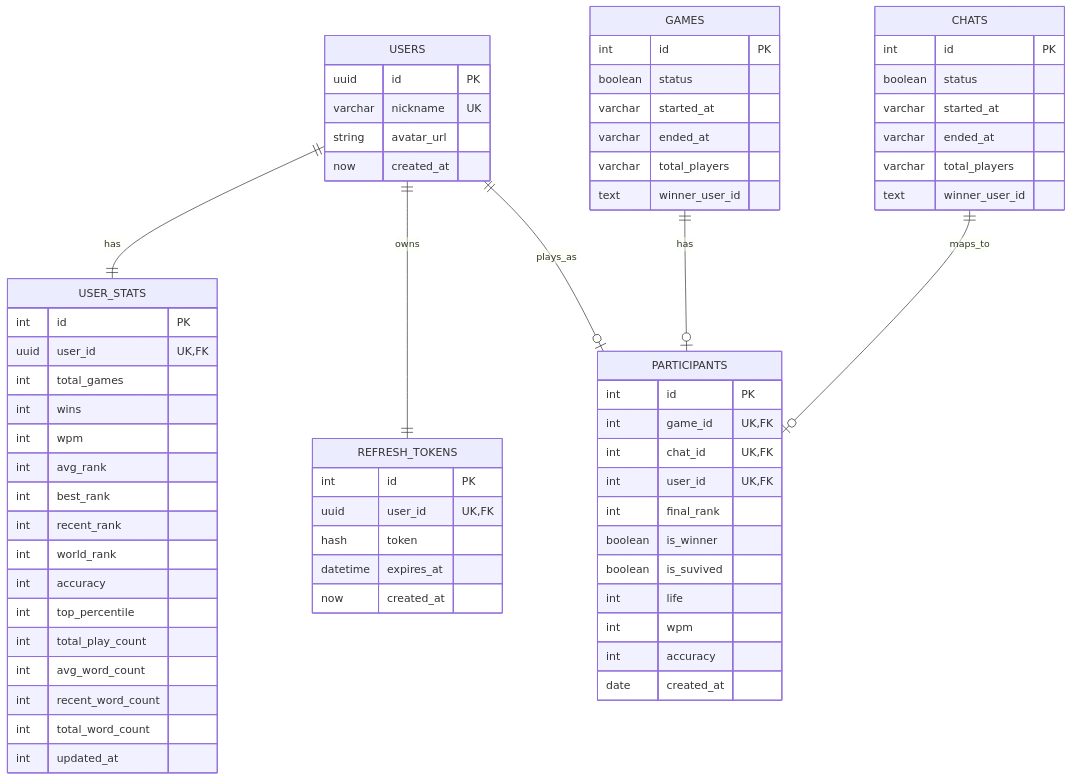
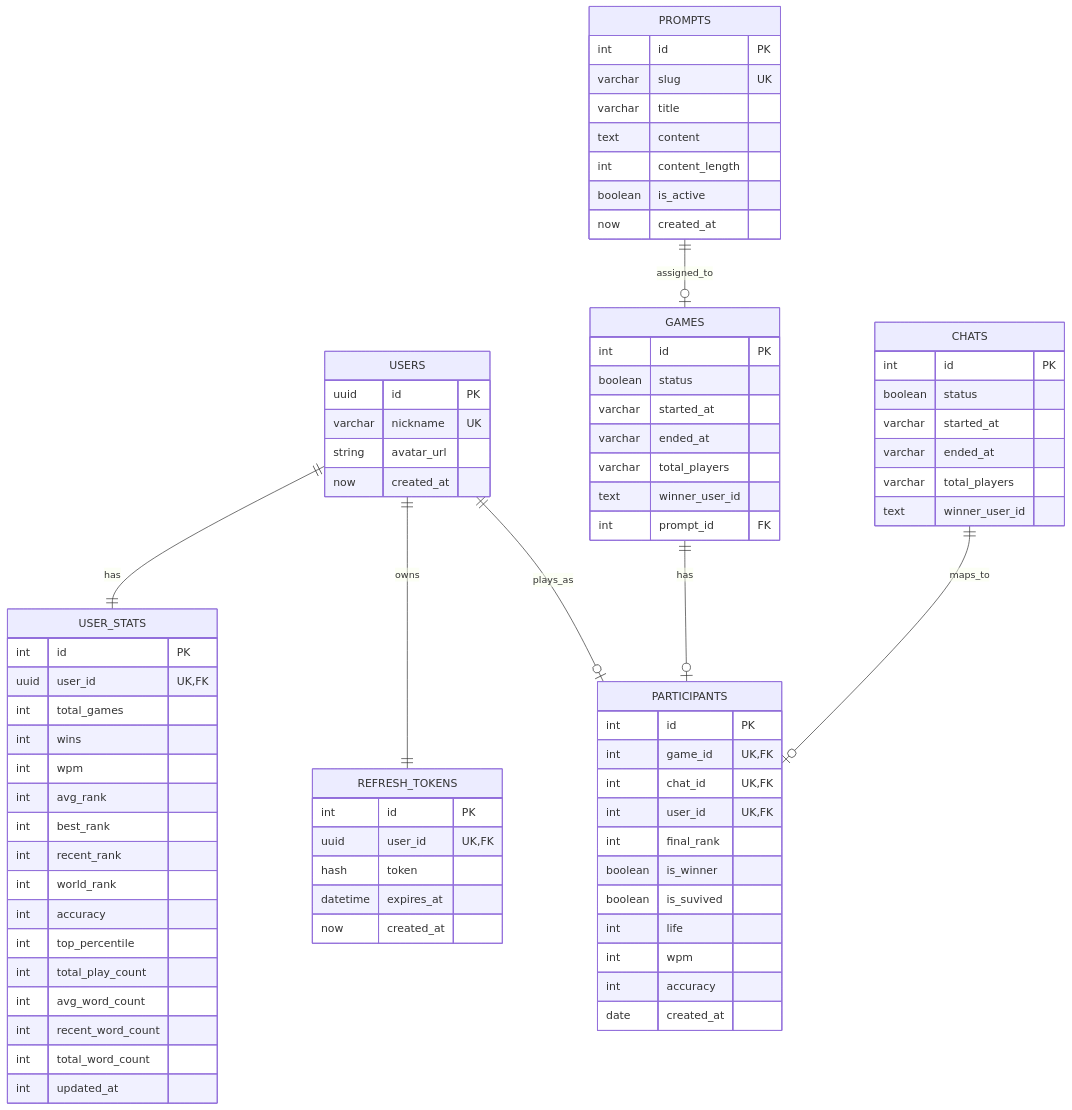
One commit to prgrms-fullcycle-devcourse/webfull_9_10_HotSix changed the diagram in apps/backend/docs/erd.md. Above: the diagram before and after it, drawn with Mermaid. The commit also changed other lines of this file and 1 other file, not shown here.

Commit message:
chores: 랜덤 글 DB에 생성

```diff
--- a/apps/backend/docs/erd.md
+++ b/apps/backend/docs/erd.md
@@ -80,6 +91,7 @@
     USERS ||--|| USER_STATS : has
     USERS ||--|| REFRESH_TOKENS : owns
     USERS ||--o| PARTICIPANTS : plays_as
+    PROMPTS ||--o| GAMES : assigned_to
     GAMES ||--o| PARTICIPANTS : has
     CHATS ||--o| PARTICIPANTS : maps_to
 
@@ -117,6 +129,16 @@
       now created_at
     }
 
+    PROMPTS {
+      int id PK
+      varchar slug UK
+      varchar title
+      text content
+      int content_length
+      boolean is_active
+      now created_at
+    }
+
     GAMES {
       int id PK
       boolean status
@@ -124,6 +146,7 @@
       varchar ended_at
       varchar total_players
       text winner_user_id
+      int prompt_id FK
     }
 
     PARTICIPANTS {
```
